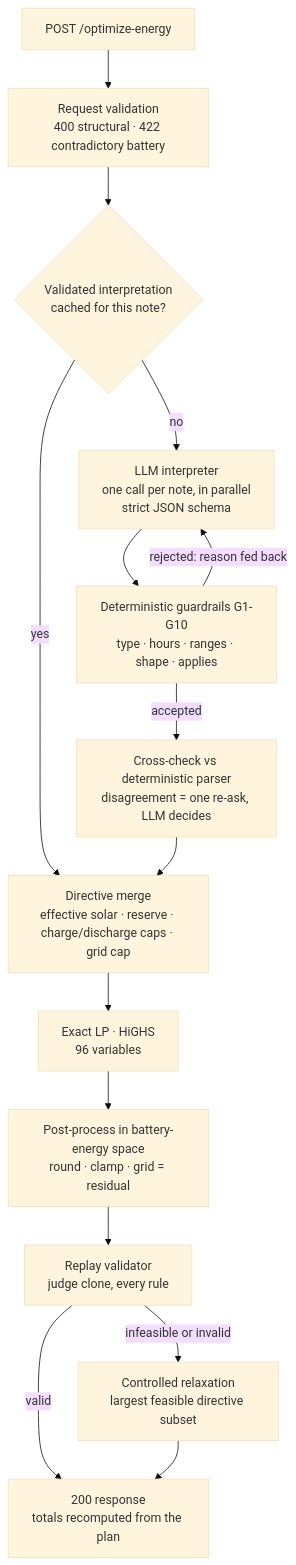
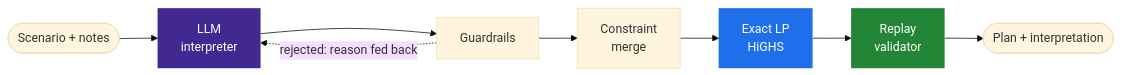
The diagram in README.md (nahinio/gridwise-scheduler), drawn with Mermaid (base theme) before and after one commit. The commit also changed other lines of this file and 20 other files, not shown here.

Commit message:
docs: rewrite README and architecture notes; set working Gemini backup model

````diff
--- a/README.md
+++ b/README.md
@@ -157,17 +28,13 @@
 ```mermaid
-flowchart TD
-    A[POST /optimize-energy] --> B[Request validation<br/>400 structural · 422 contradictory battery]
-    B --> C{Validated interpretation<br/>cached for this note?}
-    C -->|yes| F
-    C -->|no| D[LLM interpreter<br/>one call per note, in parallel<br/>strict JSON schema]
-    D --> E[Deterministic guardrails G1-G10<br/>type · hours · ranges · shape · applies]
-    E -->|rejected: reason fed back| D
-    E -->|accepted| X[Cross-check vs deterministic parser<br/>disagreement = one re-ask, LLM decides]
-    X --> F[Directive merge<br/>effective solar · reserve · charge/discharge caps · grid cap]
-    F --> G[Exact LP · HiGHS<br/>96 variables]
-    G --> H[Post-process in battery-energy space<br/>round · clamp · grid = residual]
-    H --> I[Replay validator<br/>judge clone, every rule]
-    I -->|valid| R[200 response<br/>totals recomputed from the plan]
-    I -->|infeasible or invalid| S[Controlled relaxation<br/>largest feasible directive subset]
-    S --> R
+flowchart LR
+    A([Scenario + notes]) --> B[LLM<br/>interpreter]
+    B --> C[Guardrails]
+    C --> D[Constraint<br/>merge]
+    D --> E[Exact LP<br/>HiGHS]
+    E --> F[Replay<br/>validator]
+    F --> G([Plan + interpretation])
+    C -. rejected: reason fed back .-> B
+    style B fill:#412991,color:#fff,stroke:none
+    style E fill:#1f6feb,color:#fff,stroke:none
+    style F fill:#238636,color:#fff,stroke:none
 ```
````
